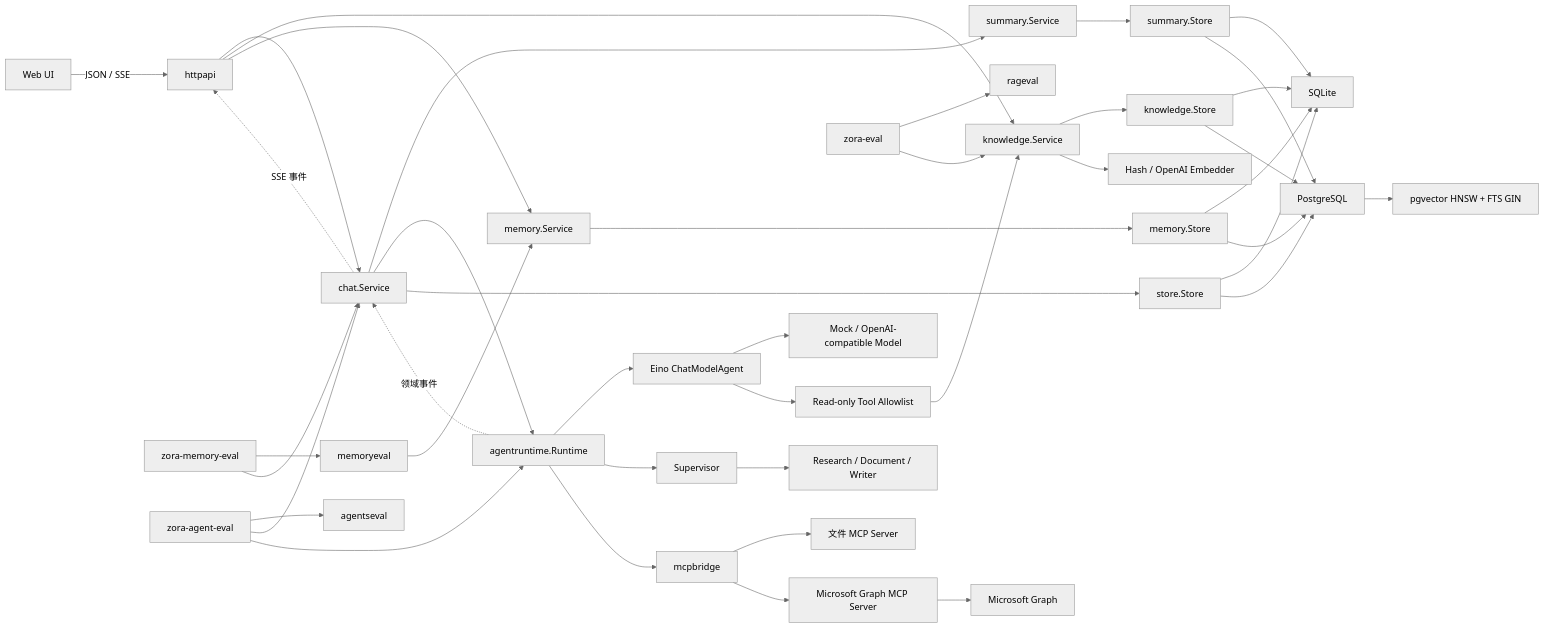
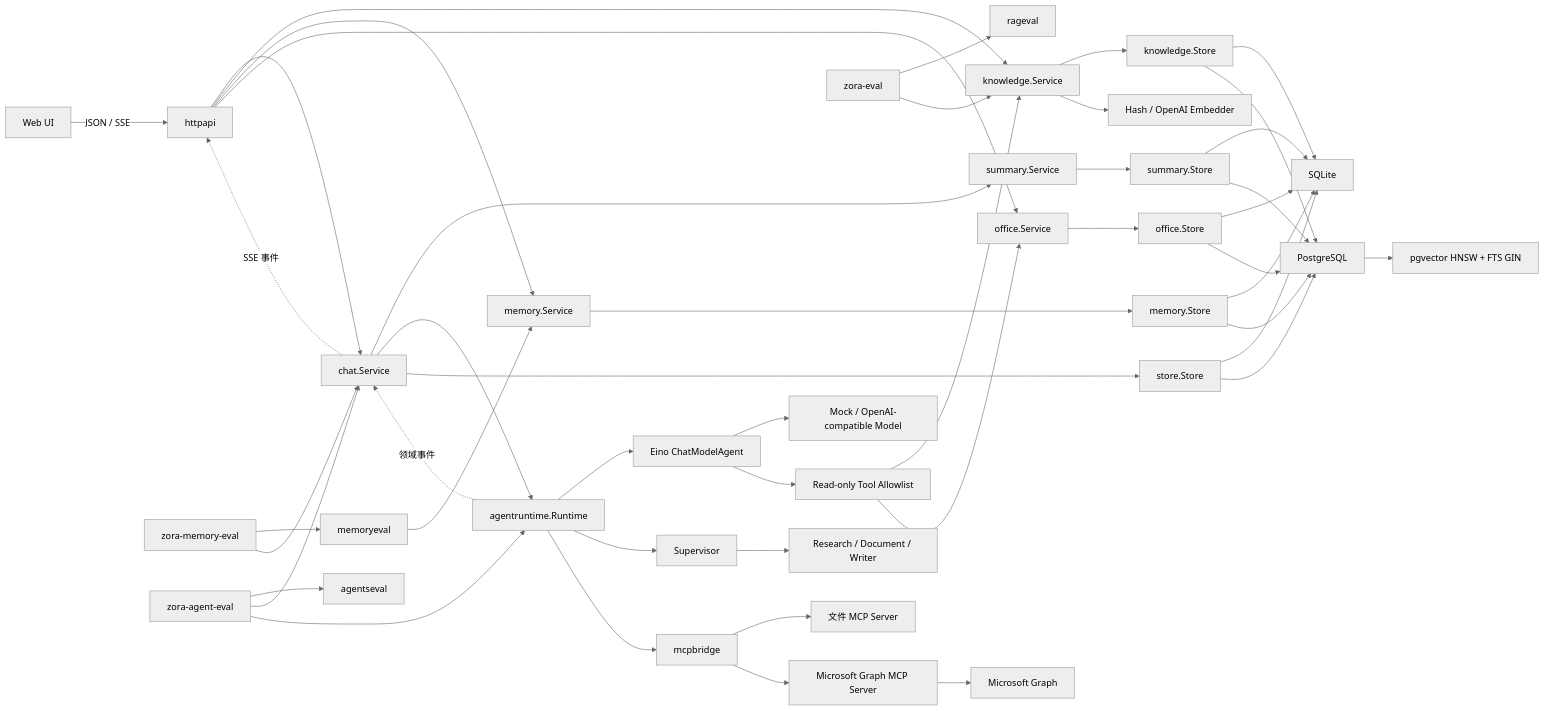
One commit to zora-DD/zora changed the sixth of 6 diagrams in docs/project-analysis.md. Above: the diagram before and after it, drawn with Mermaid (neutral theme). The commit also changed other lines of this file and 28 other files, not shown here.

````diff
--- a/docs/project-analysis.md
+++ b/docs/project-analysis.md
@@ -445,44 +463,49 @@
 ```mermaid
 flowchart LR
     Browser["Web UI"] -->|"JSON / SSE"| HTTP["httpapi"]
     HTTP --> Chat["chat.Service"]
     HTTP --> Knowledge["knowledge.Service"]
     HTTP --> Memory["memory.Service"]
+    HTTP --> Office["office.Service"]
     Chat --> Summary["summary.Service"]
     Chat --> Runtime["agentruntime.Runtime"]
     Runtime --> ADK["Eino ChatModelAgent"]
     ADK --> Model["Mock / OpenAI-compatible Model"]
     ADK --> Tools["Read-only Tool Allowlist"]
     Tools --> Knowledge
+    Tools --> Office
     Chat --> Store["store.Store"]
     Knowledge --> KStore["knowledge.Store"]
     Memory --> MStore["memory.Store"]
     Summary --> SStore["summary.Store"]
+    Office --> OStore["office.Store"]
     Store --> SQLite["SQLite"]
     KStore --> SQLite
     MStore --> SQLite
     SStore --> SQLite
+    OStore --> SQLite
     Store --> PostgreSQL["PostgreSQL"]
     KStore --> PostgreSQL
     MStore --> PostgreSQL
     SStore --> PostgreSQL
+    OStore --> PostgreSQL
     PostgreSQL --> PGVector["pgvector HNSW + FTS GIN"]
     Knowledge --> Embedder["Hash / OpenAI Embedder"]
     EvalCLI["zora-eval"] --> RAGEval["rageval"]
     EvalCLI --> Knowledge
     MemoryEvalCLI["zora-memory-eval"] --> MemoryEval["memoryeval"]
     MemoryEvalCLI --> Chat
     MemoryEval --> Memory
     AgentEvalCLI["zora-agent-eval"] --> AgentEval["agentseval"]
     AgentEvalCLI --> Chat
     AgentEvalCLI --> Runtime
     Runtime --> Supervisor["Supervisor"]
     Supervisor --> Specialists["Research / Document / Writer"]
     Runtime --> MCPBridge["mcpbridge"]
     MCPBridge --> MCPFiles["文件 MCP Server"]
     MCPBridge --> MCPMicrosoft["Microsoft Graph MCP Server"]
     MCPMicrosoft --> Graph["Microsoft Graph"]
 
     Runtime -. "领域事件" .-> Chat
     Chat -. "SSE 事件" .-> HTTP
 ```
````
